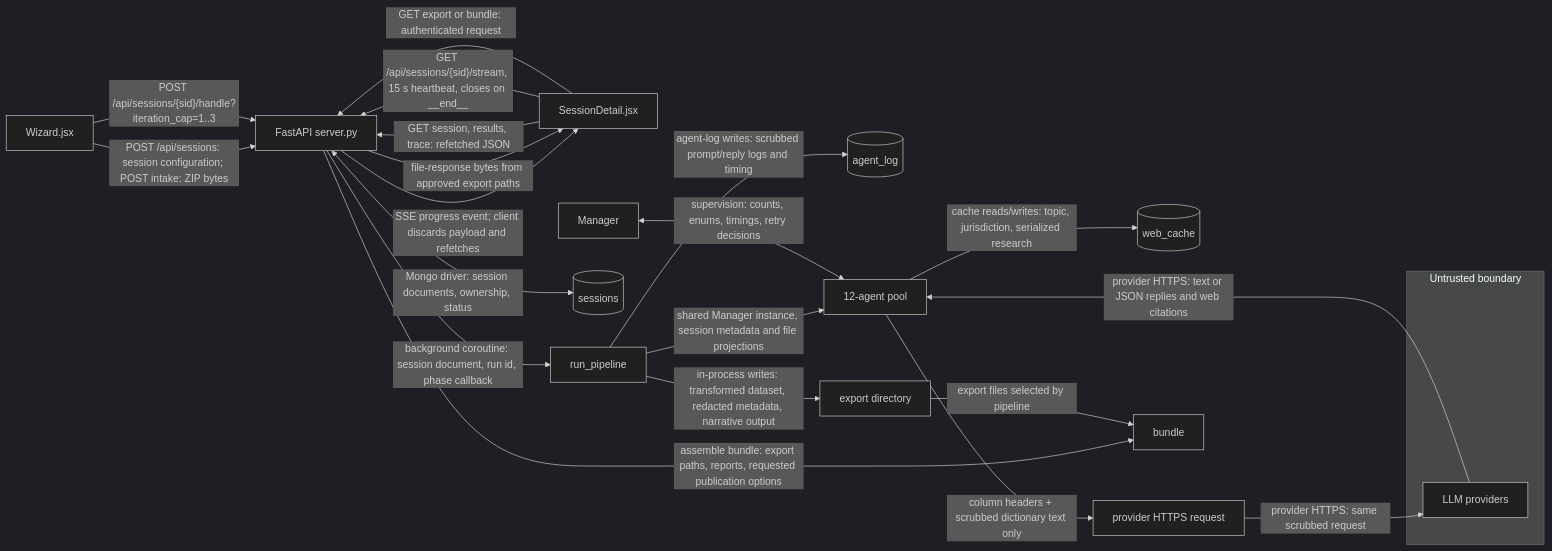
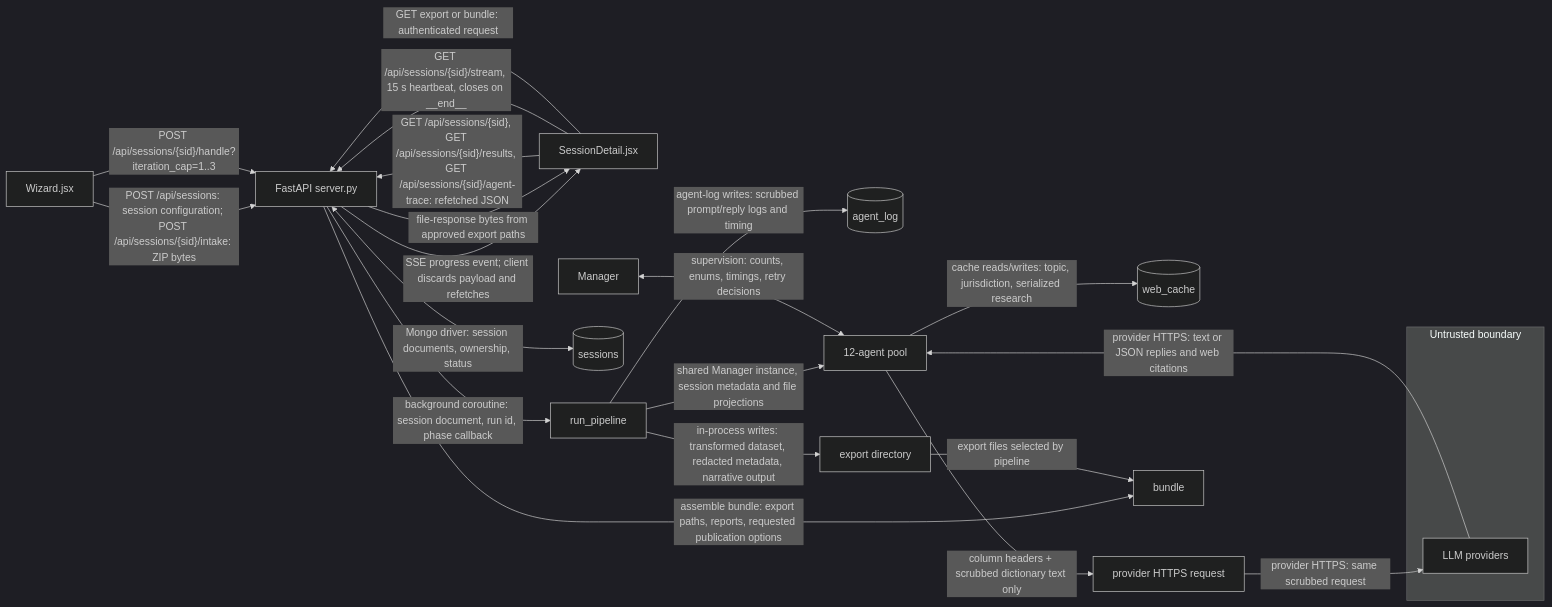
Before and after one commit to solomonsjoseph/PHI-Handling-system: the first of 7 diagrams in docs/AGENT_ARCHITECTURE.md, drawn with Mermaid (dark theme). The commit also changed other lines of this file, not shown here.

Commit message:
docs: refine PHI pipeline flowchart

````diff
--- a/docs/AGENT_ARCHITECTURE.md
+++ b/docs/AGENT_ARCHITECTURE.md
@@ -11,26 +11,26 @@
 ```mermaid
 flowchart LR
-    Wizard["Wizard.jsx"] -->|"POST /api/sessions: session configuration; POST intake: ZIP bytes"| Server["FastAPI server.py"]
+    Wizard["Wizard.jsx"] -->|"POST /api/sessions: session configuration; POST /api/sessions/{sid}/intake: ZIP bytes"| Server["FastAPI server.py"]
     Wizard -->|"POST /api/sessions/{sid}/handle?iteration_cap=1..3"| Server
-    Detail["SessionDetail.jsx"] -->|"GET session, results, trace: refetched JSON"| Server
+    Detail["SessionDetail.jsx"] -->|"GET /api/sessions/{sid}, GET /api/sessions/{sid}/results, GET /api/sessions/{sid}/agent-trace: refetched JSON"| Server
     Detail -->|"GET /api/sessions/{sid}/stream, 15 s heartbeat, closes on __end__"| Server
     Server -->|"SSE progress event; client discards payload and refetches"| Detail
     Server -->|"background coroutine: session document, run id, phase callback"| Pipeline["run_pipeline"]
     Server <-->|"Mongo driver: session documents, ownership, status"| Sessions[("sessions")]
     Pipeline -->|"agent-log writes: scrubbed prompt/reply logs and timing"| AgentLog[("agent_log")]
     Pool["12-agent pool"] -->|"cache reads/writes: topic, jurisdiction, serialized research"| Cache[("web_cache")]
     Pipeline -->|"shared Manager instance, session metadata and file projections"| Pool
     Manager["Manager"] <-->|"supervision: counts, enums, timings, retry decisions"| Pool
     Request["provider HTTPS request"]
     subgraph Boundary["Untrusted boundary"]
         Providers["LLM providers"]
     end
     Pool -->|"column headers + scrubbed dictionary text only"| Request
     Request -->|"provider HTTPS: same scrubbed request"| Providers
     Providers -->|"provider HTTPS: text or JSON replies and web citations"| Pool
     Pipeline -->|"in-process writes: transformed dataset, redacted metadata, narrative output"| Exports["export directory"]
     Detail -->|"GET export or bundle: authenticated request"| Server
     Server -->|"file-response bytes from approved export paths"| Detail
     Server -->|"assemble bundle: export paths, reports, requested publication options"| Bundle["bundle"]
     Exports -->|"export files selected by pipeline"| Bundle
 ```
````
